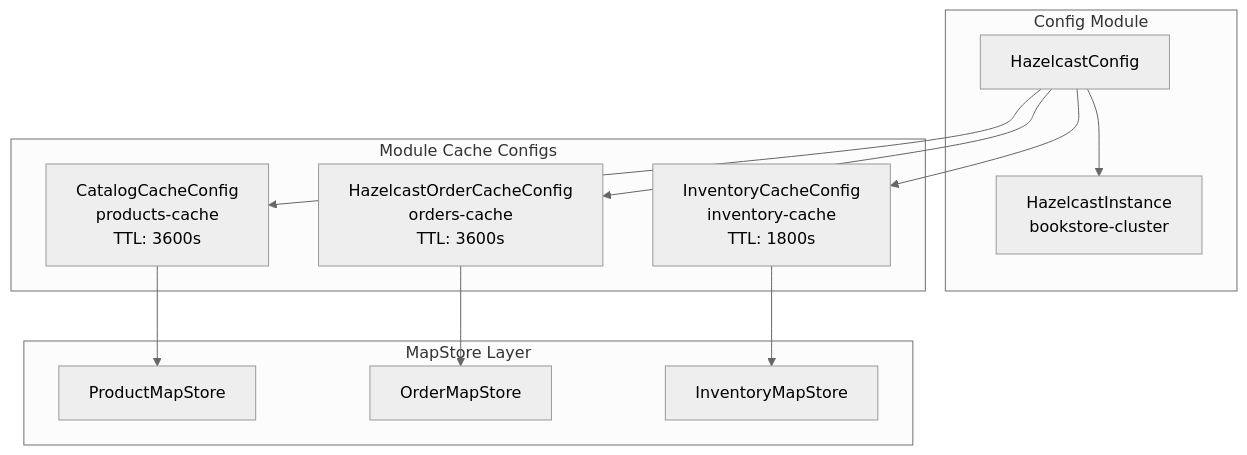
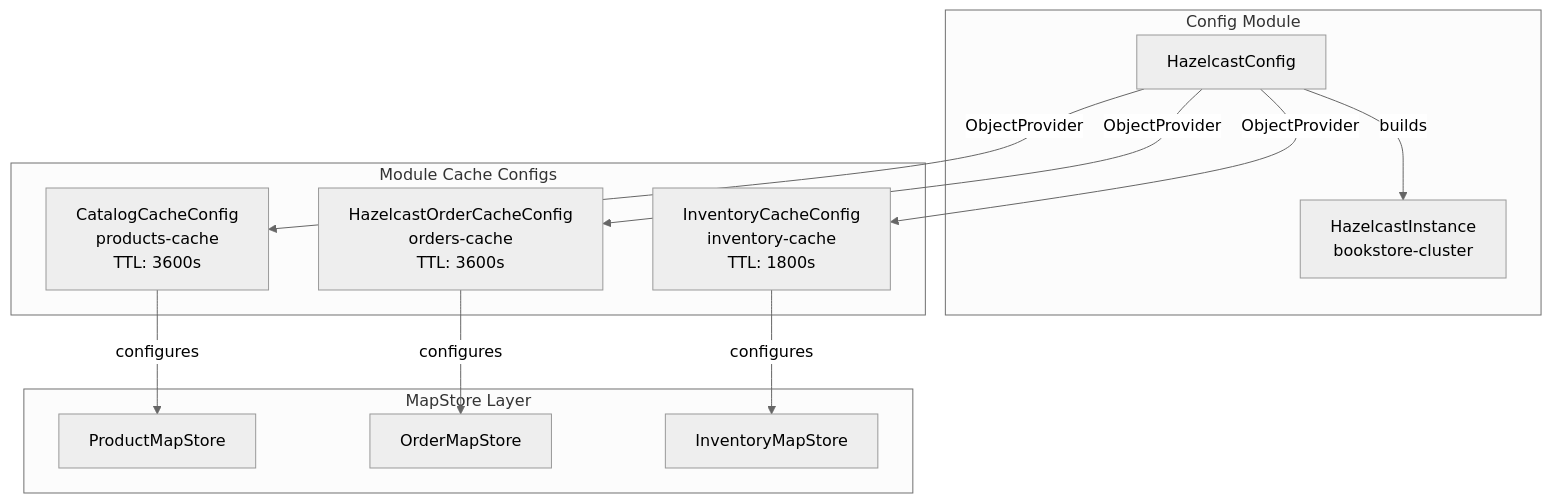
Before and after one commit to philipz/spring-modular-monolith: the sixth of 6 diagrams in docs/deepwiki/Business-Modules.md, drawn with Mermaid (neutral theme). The commit also changed other lines of this file and 55 other files, not shown here.

````diff
--- a/docs/deepwiki/Business-Modules.md
+++ b/docs/deepwiki/Business-Modules.md
@@ -289,37 +289,37 @@
 ```mermaid
 flowchart TD
 
 CCC["CatalogCacheConfig<br>products-cache<br>TTL: 3600s"]
 OCC["HazelcastOrderCacheConfig<br>orders-cache<br>TTL: 3600s"]
 ICC["InventoryCacheConfig<br>inventory-cache<br>TTL: 1800s"]
 HC["HazelcastConfig"]
 HI["HazelcastInstance<br>bookstore-cluster"]
 PMS["ProductMapStore"]
 OMS["OrderMapStore"]
 IMS["InventoryMapStore"]
 
-HC --> CCC
-HC --> OCC
-HC --> ICC
-CCC --> PMS
-OCC --> OMS
-ICC --> IMS
+HC -->|"ObjectProvider"| CCC
+HC -->|"ObjectProvider"| OCC
+HC -->|"ObjectProvider"| ICC
+CCC -->|"configures"| PMS
+OCC -->|"configures"| OMS
+ICC -->|"configures"| IMS
 
 subgraph subGraph2 ["MapStore Layer"]
     PMS
     OMS
     IMS
 end
 
 subgraph subGraph1 ["Config Module"]
     HC
     HI
-    HC --> HI
+    HC -->|"builds"| HI
 end
 
 subgraph subGraph0 ["Module Cache Configs"]
     CCC
     OCC
     ICC
 end
 ```
````
